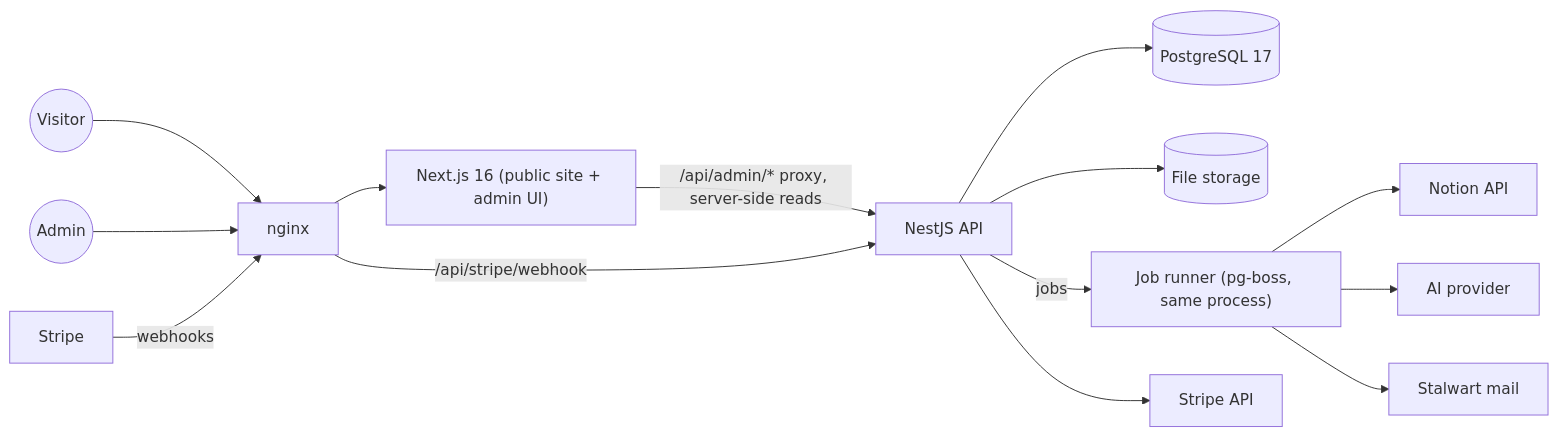
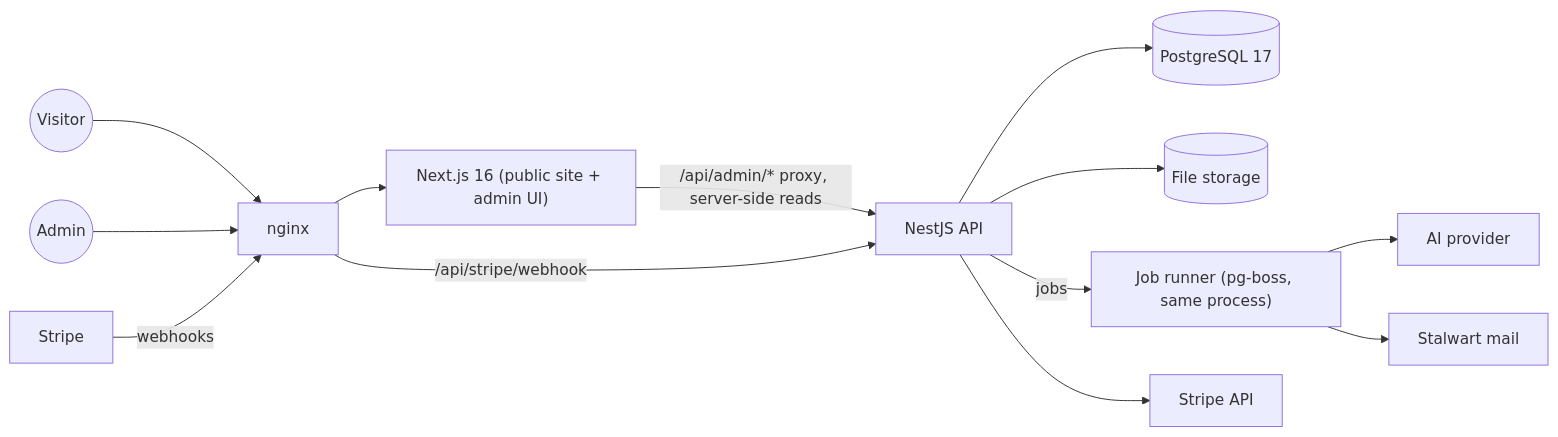
One commit to Global-experiment/Global-experiment changed the diagram in docs/architecture/overview.md. Above: the diagram before and after it, drawn with Mermaid. The commit also changed other lines of this file and 8 other files, not shown here.

````diff
--- a/docs/architecture/overview.md
+++ b/docs/architecture/overview.md
@@ -29,16 +29,15 @@
 ```mermaid
 flowchart LR
   visitor((Visitor)) --> nginx
   admin((Admin)) --> nginx
   stripe[Stripe] -- webhooks --> nginx
   nginx --> web["Next.js 16 (public site + admin UI)"]
   web -- "/api/admin/* proxy, server-side reads" --> api["NestJS API"]
   nginx -- "/api/stripe/webhook" --> api
   api --> pg[(PostgreSQL 17)]
   api --> files[(File storage)]
   api -- jobs --> worker["Job runner (pg-boss, same process)"]
-  worker --> notion[Notion API]
   worker --> ai[AI provider]
   worker --> mail[Stalwart mail]
   api --> stripeapi[Stripe API]
 ```
````
